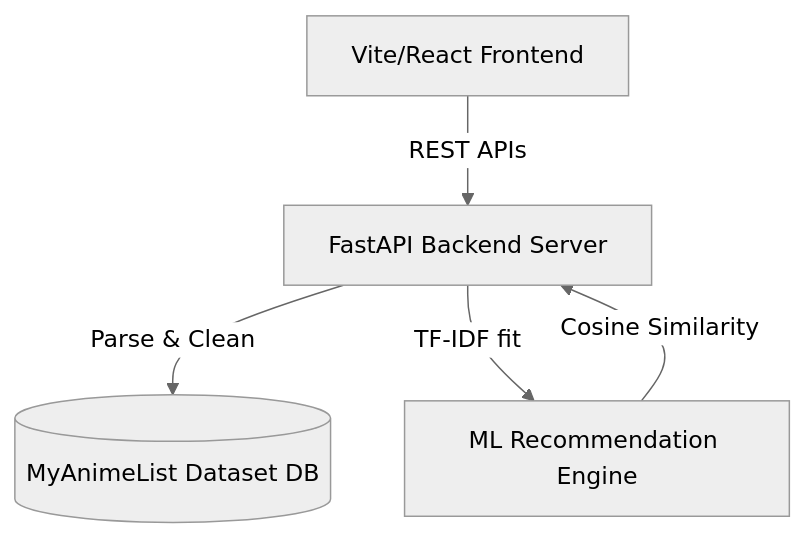
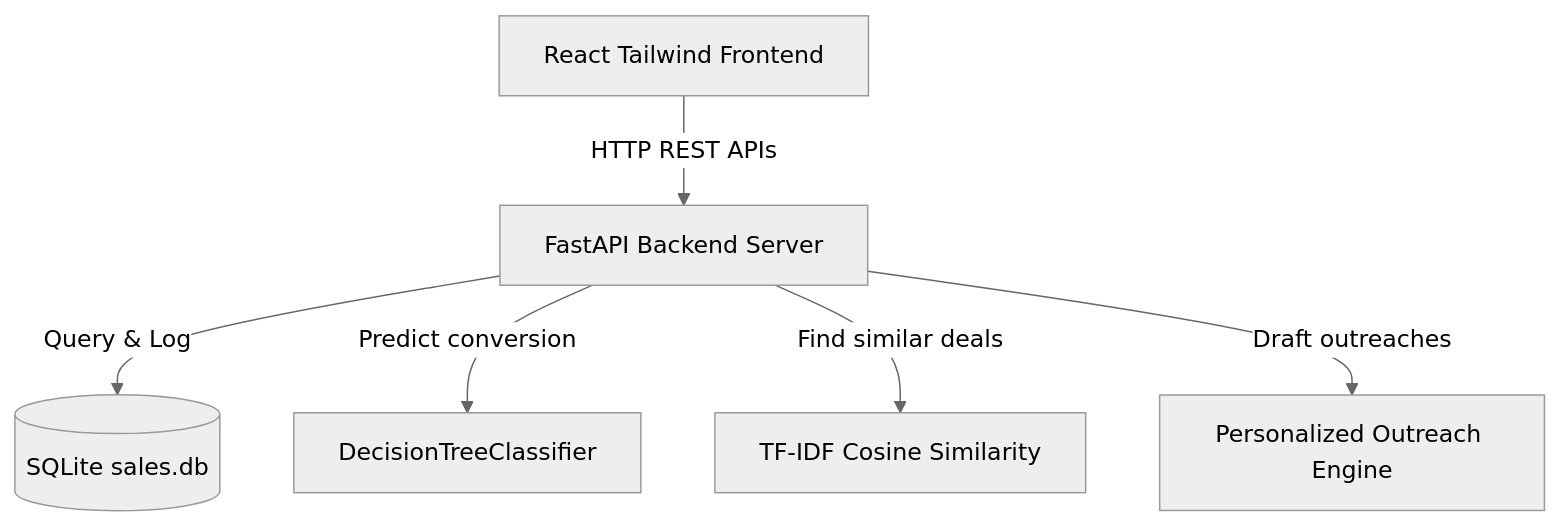
The diagram in implementation_summary.md (shubh152205/AnimeGenie_ShubhamSharma), drawn with Mermaid (neutral theme) before and after one commit. The commit also changed other lines of this file and 59 other files, not shown here.

Commit message:
Configure B2B lead intelligence CRM scoring, outreach channels, clean frontend code, and update README

````diff
--- a/implementation_summary.md
+++ b/implementation_summary.md
@@ -9,7 +9,8 @@
 ```mermaid
 graph TD
-    A[Vite/React Frontend] -->|REST APIs| B[FastAPI Backend Server]
-    B -->|Parse & Clean| C[(MyAnimeList Dataset DB)]
-    B -->|TF-IDF fit| D[ML Recommendation Engine]
-    D -->|Cosine Similarity| B
+    A[React Tailwind Frontend] -->|HTTP REST APIs| B[FastAPI Backend Server]
+    B -->|Query & Log| C[(SQLite sales.db)]
+    B -->|Predict conversion| D[DecisionTreeClassifier]
+    B -->|Find similar deals| E[TF-IDF Cosine Similarity]
+    B -->|Draft outreaches| F[Personalized Outreach Engine]
 ```
````
